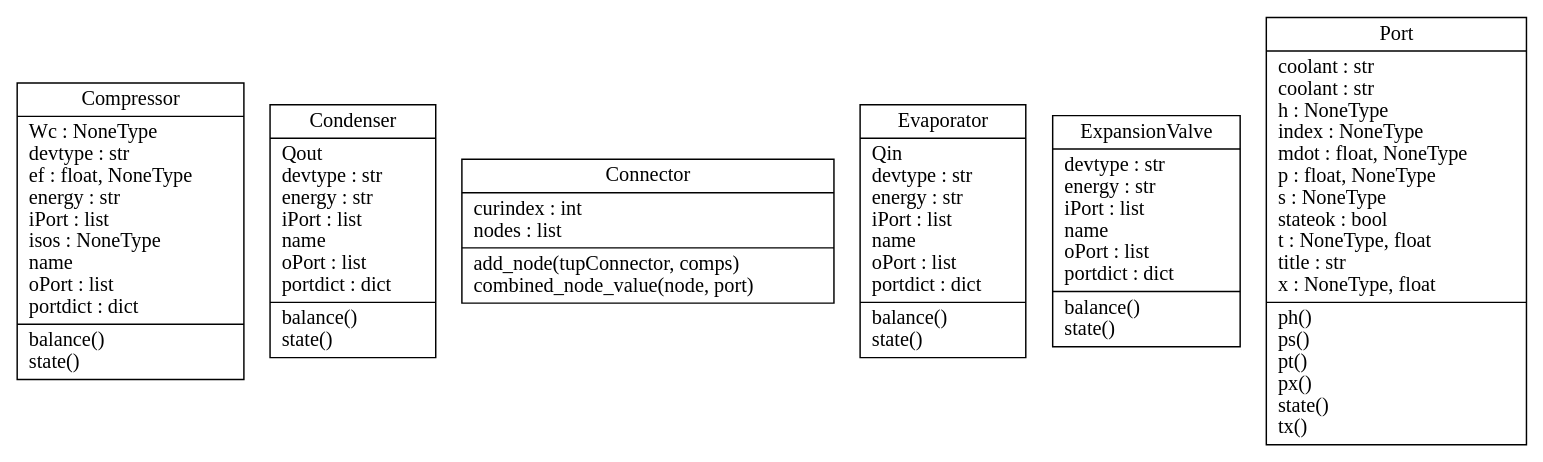
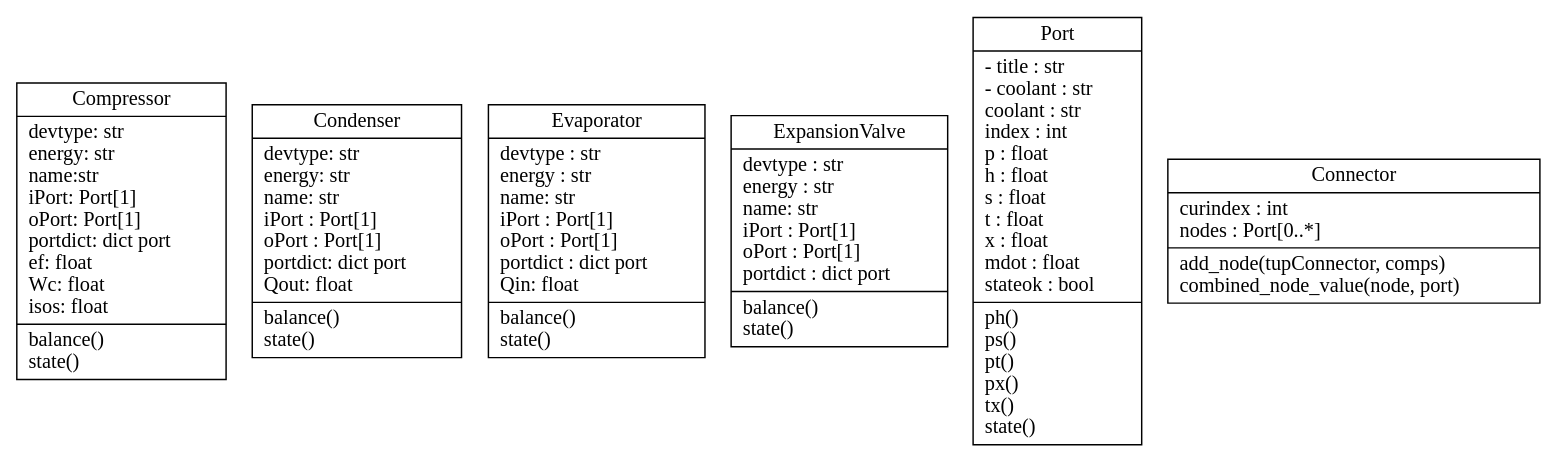
Before and after one commit to thermalogic/SimVCCE: the diagram in uml/components/classes.dot, drawn with Graphviz. The commit also changed 5 other files, not shown here.

Commit message:
update uml

```diff
--- a/uml/components/classes.dot
+++ b/uml/components/classes.dot
@@ -1,10 +1,10 @@
 digraph "classes" {
 rankdir=BT
 charset="utf-8"
-"components.compressor.Compressor" [color="black", fontcolor="black", label="{Compressor|Wc : NoneType\ldevtype : str\lef : float, NoneType\lenergy : str\liPort : list\lisos : NoneType\lname\loPort : list\lportdict : dict\l|balance()\lstate()\l}", shape="record", style="solid"];
-"components.condenser.Condenser" [color="black", fontcolor="black", label="{Condenser|Qout\ldevtype : str\lenergy : str\liPort : list\lname\loPort : list\lportdict : dict\l|balance()\lstate()\l}", shape="record", style="solid"];
-"components.connector.Connector" [color="black", fontcolor="black", label="{Connector|curindex : int\lnodes : list\l|add_node(tupConnector, comps)\lcombined_node_value(node, port)\l}", shape="record", style="solid"];
-"components.evaporator.Evaporator" [color="black", fontcolor="black", label="{Evaporator|Qin\ldevtype : str\lenergy : str\liPort : list\lname\loPort : list\lportdict : dict\l|balance()\lstate()\l}", shape="record", style="solid"];
-"components.expansionvalve.ExpansionValve" [color="black", fontcolor="black", label="{ExpansionValve|devtype : str\lenergy : str\liPort : list\lname\loPort : list\lportdict : dict\l|balance()\lstate()\l}", shape="record", style="solid"];
-"components.port.Port" [color="black", fontcolor="black", label="{Port|coolant : str\lcoolant : str\lh : NoneType\lindex : NoneType\lmdot : float, NoneType\lp : float, NoneType\ls : NoneType\lstateok : bool\lt : NoneType, float\ltitle : str\lx : NoneType, float\l|ph()\lps()\lpt()\lpx()\lstate()\ltx()\l}", shape="record", style="solid"];
+"components.compressor.Compressor" [color="black", fontcolor="black", label="{Compressor|devtype: str\lenergy: str\lname:str \liPort: Port[1]\loPort: Port[1]\lportdict: dict port\lef: float\lWc: float\lisos: float\l|balance()\lstate()\l}", shape="record", style="solid"];
+"components.condenser.Condenser" [color="black", fontcolor="black", label="{Condenser|devtype: str\lenergy: str\lname: str\liPort : Port[1]\loPort : Port[1]\lportdict: dict port\lQout: float\l|balance()\lstate()\l}", shape="record", style="solid"];
+"components.evaporator.Evaporator" [color="black", fontcolor="black", label="{Evaporator|devtype : str\lenergy : str\lname: str\liPort : Port[1]\loPort : Port[1]\lportdict : dict port\lQin: float\l|balance()\lstate()\l}", shape="record", style="solid"];
+"components.expansionvalve.ExpansionValve" [color="black", fontcolor="black", label="{ExpansionValve|devtype : str\lenergy : str\lname: str\liPort : Port[1]\loPort : Port[1]\lportdict : dict port\l|balance()\lstate()\l}", shape="record", style="solid"];
+"components.port.Port" [color="black", fontcolor="black", label="{Port| - title : str\l - coolant : str\lcoolant : str\lindex : int\lp : float\lh : float\ls : float\lt : float\lx : float\lmdot : float\lstateok : bool\l|ph()\lps()\lpt()\lpx()\ltx()\lstate()\l}", shape="record", style="solid"];
+"components.connector.Connector" [color="black", fontcolor="black", label="{Connector|curindex : int\lnodes : Port[0..*]\l|add_node(tupConnector, comps)\lcombined_node_value(node, port)\l}", shape="record", style="solid"];
 }
```
